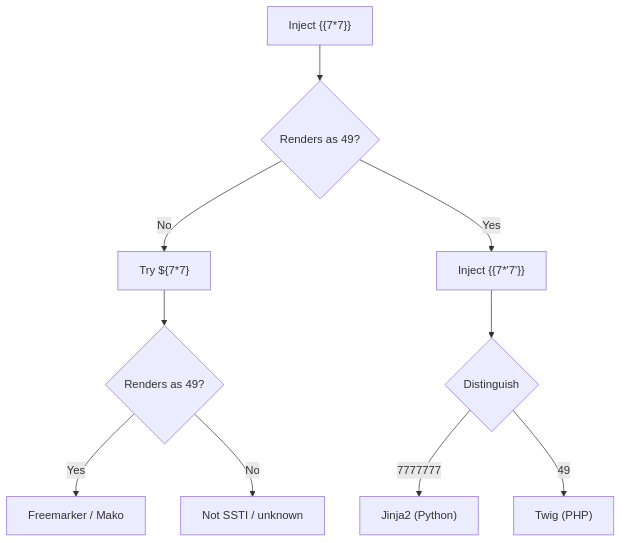
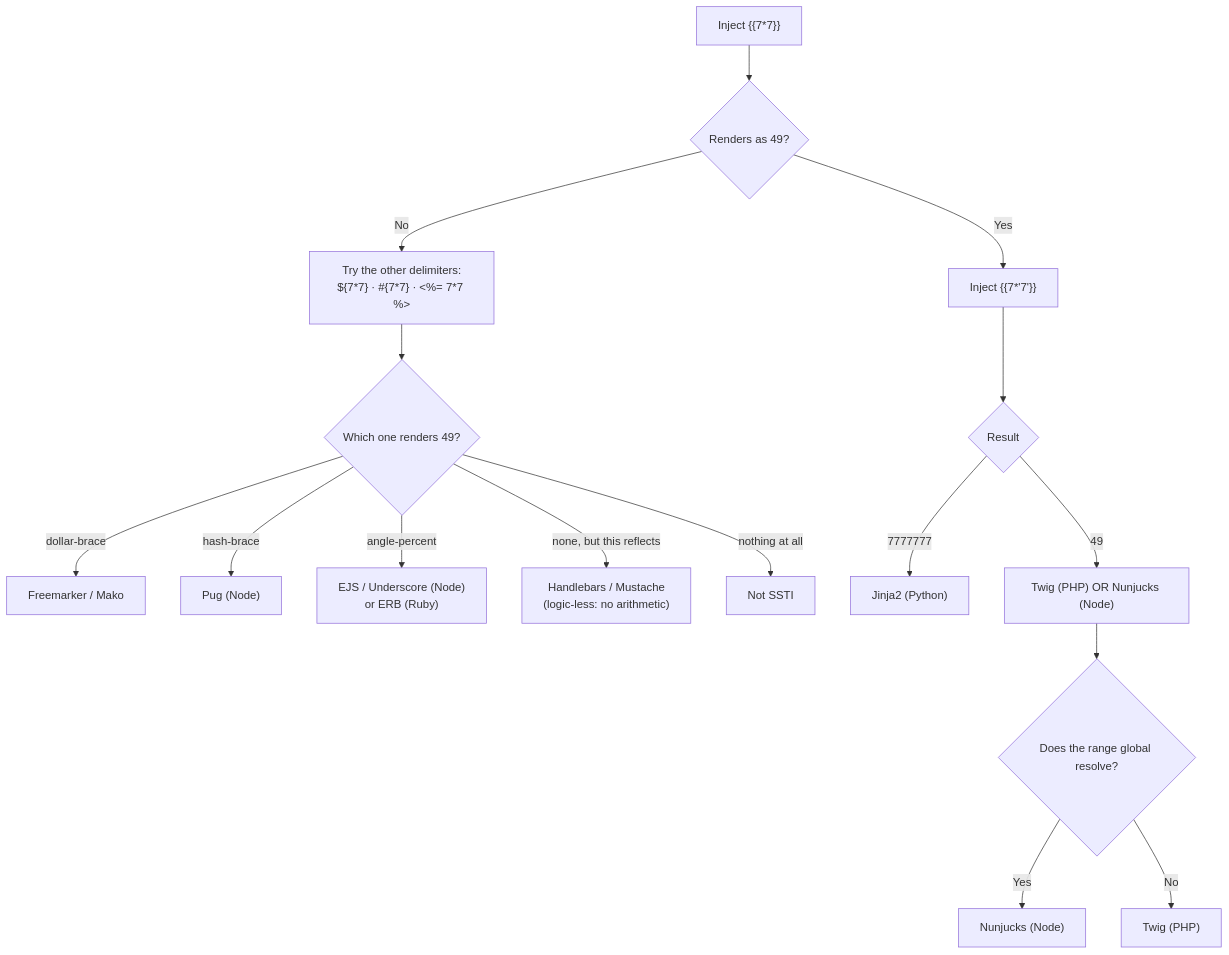
The second of 2 diagrams in Class notes/HTB Academy/CWES Claude/Server-Side Attacks.md (Er2oneousbit/obsidian), drawn with Mermaid before and after one commit. The commit also changed other lines of this file and 19 other files, not shown here.

````diff
--- a/Class notes/HTB Academy/CWES Claude/Server-Side Attacks.md
+++ b/Class notes/HTB Academy/CWES Claude/Server-Side Attacks.md
@@ -229,12 +229,18 @@
 ```mermaid
 flowchart TD
     P["Inject {{7*7}}"] --> Q{"Renders as 49?"}
-    Q -->|"No"| F["Try ${7*7}"]
-    F --> G{"Renders as 49?"}
-    G -->|"Yes"| FM["Freemarker / Mako"]
-    G -->|"No"| NV["Not SSTI / unknown"]
+    Q -->|"No"| F["Try the other delimiters:<br/>${7*7} · #{7*7} · &lt;%= 7*7 %&gt;"]
+    F --> G{"Which one renders 49?"}
+    G -->|"dollar-brace"| FM["Freemarker / Mako"]
+    G -->|"hash-brace"| PUG["Pug (Node)"]
+    G -->|"angle-percent"| EJS["EJS / Underscore (Node)<br/>or ERB (Ruby)"]
+    G -->|"none, but this reflects"| HB["Handlebars / Mustache<br/>(logic-less: no arithmetic)"]
+    G -->|"nothing at all"| NV["Not SSTI"]
     Q -->|"Yes"| R["Inject {{7*'7'}}"]
-    R --> S{"Distinguish"}
+    R --> S{"Result"}
     S -->|"7777777"| Jinja["Jinja2 (Python)"]
-    S -->|"49"| Twig["Twig (PHP)"]
+    S -->|"49"| AMB["Twig (PHP) OR Nunjucks (Node)"]
+    AMB --> T{"Does the range global resolve?"}
+    T -->|"Yes"| NUN["Nunjucks (Node)"]
+    T -->|"No"| TW["Twig (PHP)"]
 ```
````
